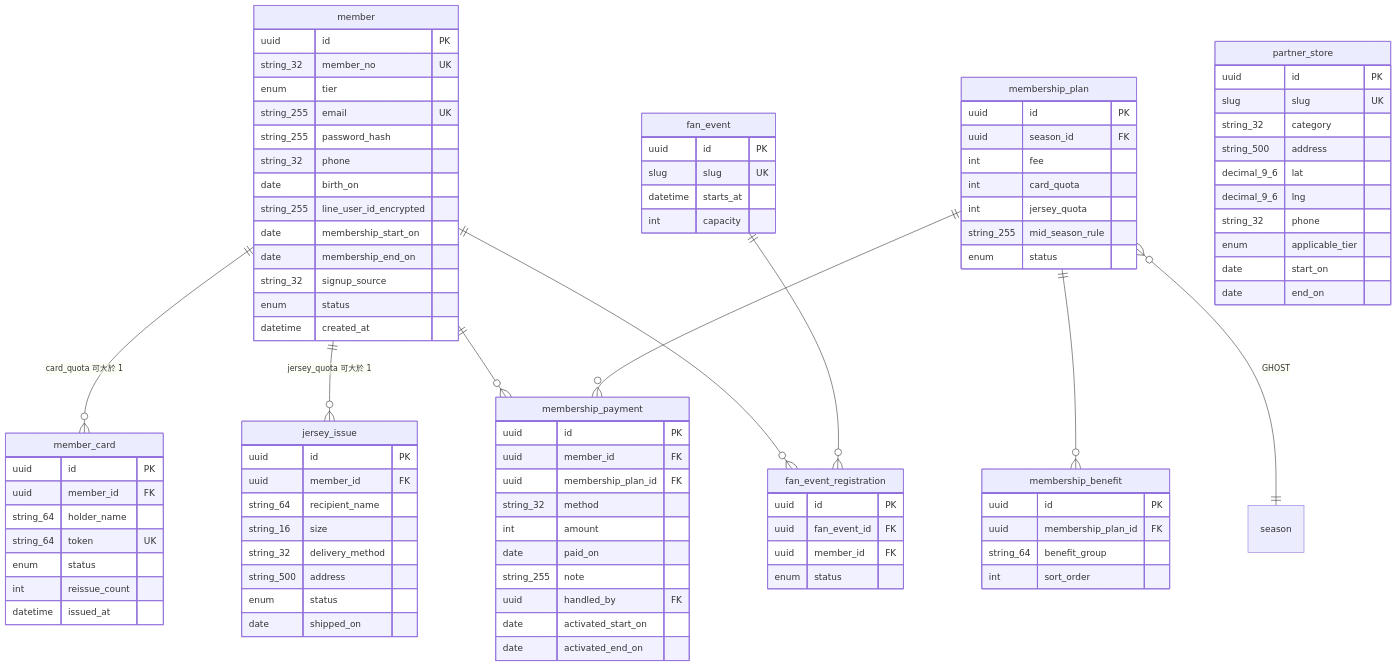
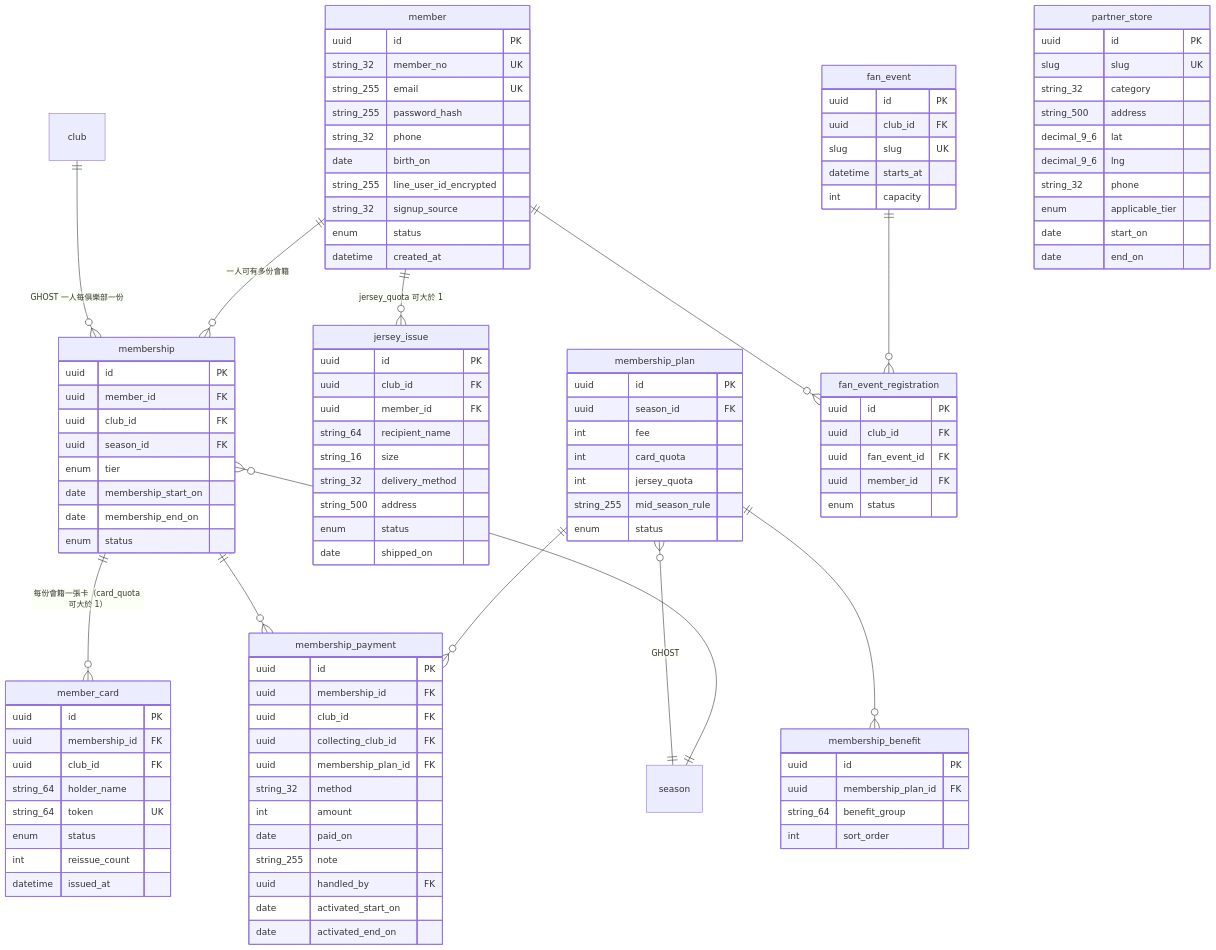
The ninth of 15 diagrams in docs/12a-database-erd.md (waiting0201/tcrfc), drawn with Mermaid before and after one commit. The commit also changed other lines of this file and 4 other files, not shown here.

First line of the commit message:
feat: docs/12a ERD 完成 v3.0 同步，13 項落差結案（B-2 收尾）

````diff
--- a/docs/12a-database-erd.md
+++ b/docs/12a-database-erd.md
@@ -503,31 +556,42 @@
 ```mermaid
 erDiagram
-  member ||--o{ member_card : "card_quota 可大於 1"
+  club ||--o{ membership : "GHOST 一人每俱樂部一份"
+  member ||--o{ membership : "一人可有多份會籍"
+  membership ||--o{ member_card : "每份會籍一張卡（card_quota 可大於 1）"
+  membership ||--o{ membership_payment : ""
   member ||--o{ jersey_issue : "jersey_quota 可大於 1"
-  member ||--o{ membership_payment : ""
   membership_plan ||--o{ membership_payment : ""
   membership_plan ||--o{ membership_benefit : ""
   membership_plan }o--|| season : "GHOST"
+  membership }o--|| season : ""
   member ||--o{ fan_event_registration : ""
   fan_event ||--o{ fan_event_registration : ""
   member {
     uuid id PK
     string_32 member_no UK
-    enum tier
     string_255 email UK
     string_255 password_hash
     string_32 phone
     date birth_on
     string_255 line_user_id_encrypted
-    date membership_start_on
-    date membership_end_on
     string_32 signup_source
     enum status
     datetime created_at
   }
+  membership {
+    uuid id PK
+    uuid member_id FK
+    uuid club_id FK
+    uuid season_id FK
+    enum tier
+    date membership_start_on
+    date membership_end_on
+    enum status
+  }
   member_card {
     uuid id PK
-    uuid member_id FK
+    uuid membership_id FK
+    uuid club_id FK
     string_64 holder_name
     string_64 token UK
     enum status
@@ -545,7 +609,9 @@
   }
   membership_payment {
     uuid id PK
-    uuid member_id FK
+    uuid membership_id FK
+    uuid club_id FK
+    uuid collecting_club_id FK
     uuid membership_plan_id FK
     string_32 method
     int amount
@@ -563,6 +629,7 @@
   }
   jersey_issue {
     uuid id PK
+    uuid club_id FK
     uuid member_id FK
     string_64 recipient_name
     string_16 size
@@ -585,12 +652,14 @@
   }
   fan_event {
     uuid id PK
+    uuid club_id FK
     slug slug UK
     datetime starts_at
     int capacity
   }
   fan_event_registration {
     uuid id PK
+    uuid club_id FK
     uuid fan_event_id FK
     uuid member_id FK
     enum status
````
